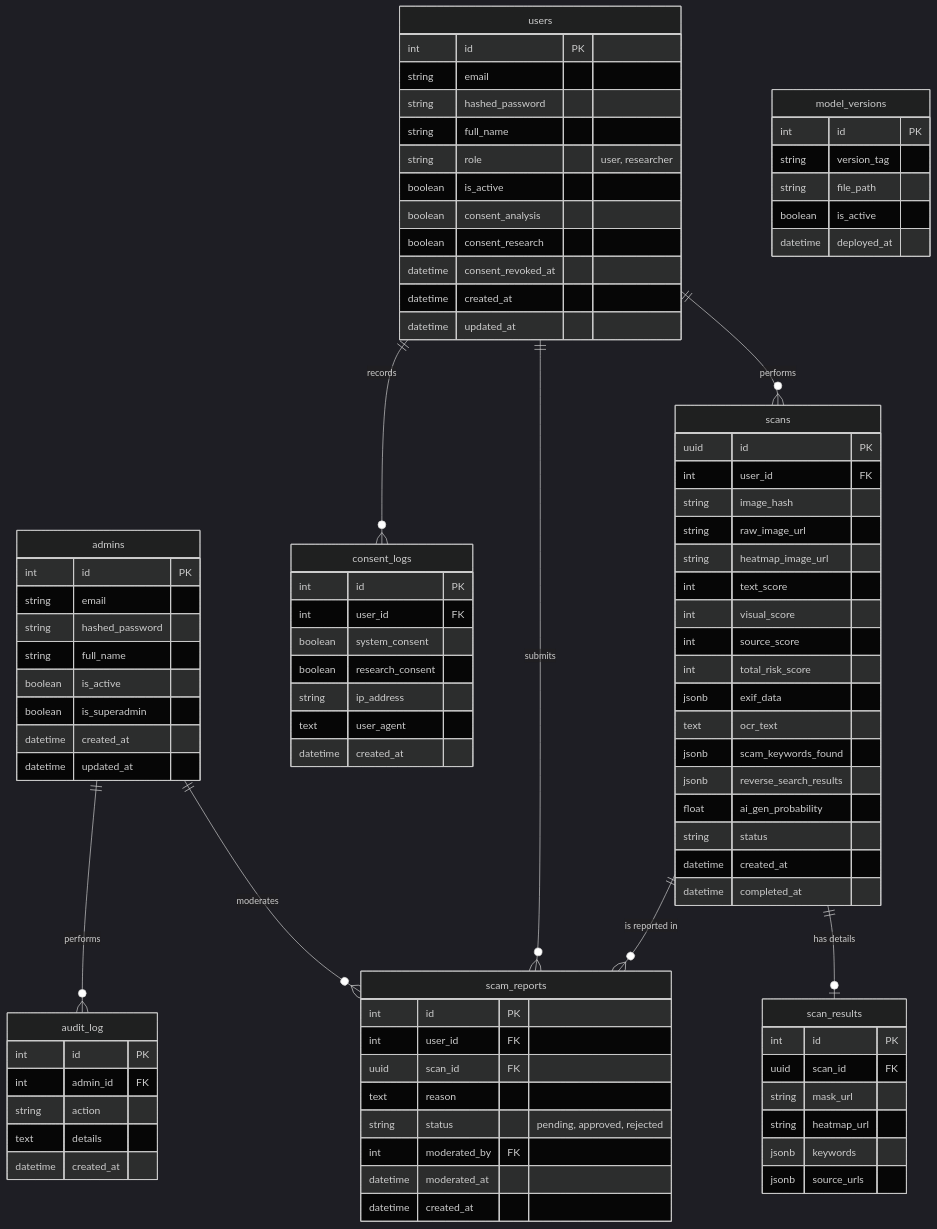
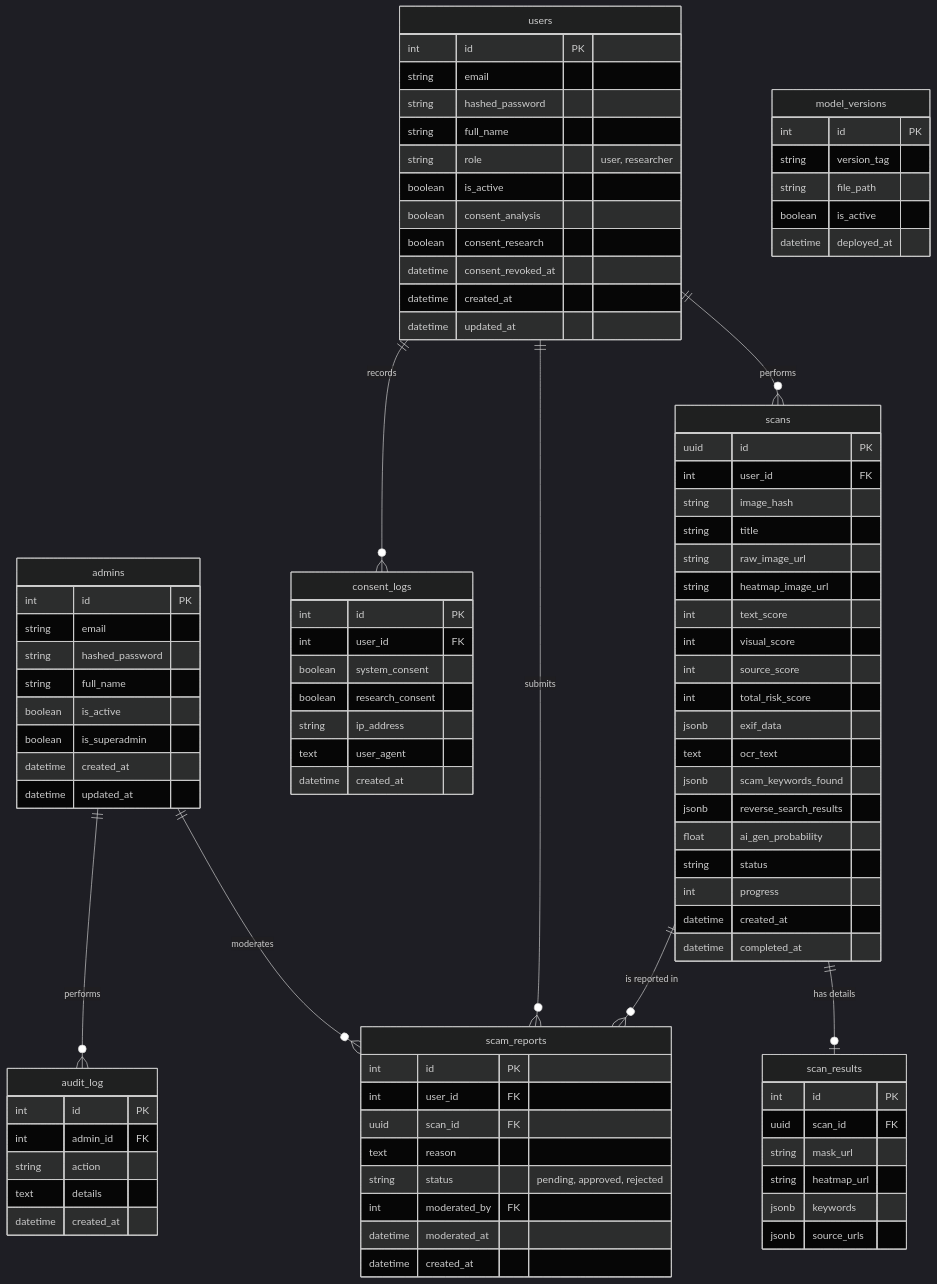
Before and after one commit to Panuwat-ta/project: the diagram in database/ER_Diagram.md, drawn with Mermaid (dark theme). The commit also changed 71 other files, not shown here.

```diff
--- a/database/ER_Diagram.md
+++ b/database/ER_Diagram.md
@@ -33,6 +33,7 @@
         uuid id PK
         int user_id FK
         string image_hash
+        string title
         string raw_image_url
         string heatmap_image_url
         int text_score
@@ -45,6 +46,7 @@
         jsonb reverse_search_results
         float ai_gen_probability
         string status
+        int progress
         datetime created_at
         datetime completed_at
     }
```
